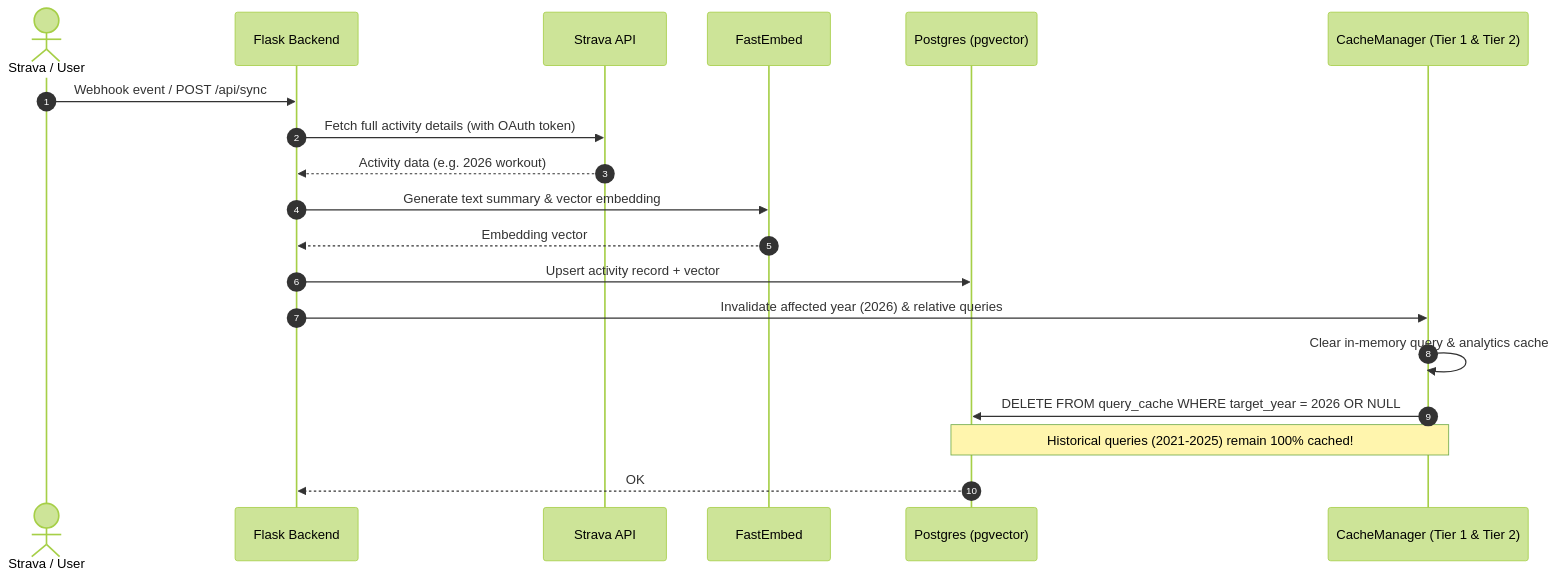
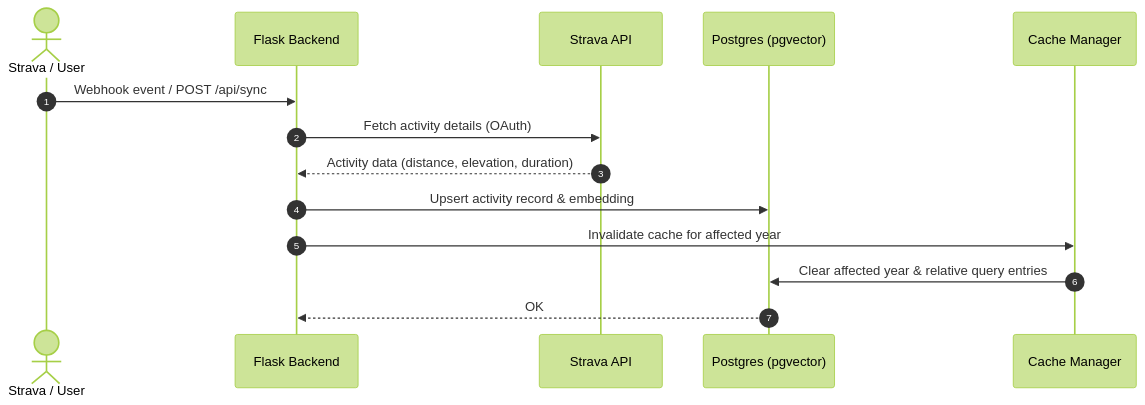
One commit to pugmarx/strava-insights-rag changed the third of 4 diagrams in readme.md. Above: the diagram before and after it, drawn with Mermaid (forest theme). The commit also changed other lines of this file and 1 other file, not shown here.

Commit message:
docs: simplify and declutter architecture and cache invalidation diagrams

````diff
--- a/readme.md
+++ b/readme.md
@@ -96,22 +87,17 @@
 ```mermaid
 sequenceDiagram
     autonumber
     actor Strava as Strava / User
     participant API as Flask Backend
     participant StravaAPI as Strava API
-    participant Embed as FastEmbed
     participant DB as Postgres (pgvector)
-    participant Cache as CacheManager (Tier 1 & Tier 2)
+    participant Cache as Cache Manager
 
     Strava->>API: Webhook event / POST /api/sync
-    API->>StravaAPI: Fetch full activity details (with OAuth token)
-    StravaAPI-->>API: Activity data (e.g. 2026 workout)
-    API->>Embed: Generate text summary & vector embedding
-    Embed-->>API: Embedding vector
-    API->>DB: Upsert activity record + vector
-    API->>Cache: Invalidate affected year (2026) & relative queries
-    Cache->>Cache: Clear in-memory query & analytics cache
-    Cache->>DB: DELETE FROM query_cache WHERE target_year = 2026 OR NULL
-    Note over Cache,DB: Historical queries (2021-2025) remain 100% cached!
+    API->>StravaAPI: Fetch activity details (OAuth)
+    StravaAPI-->>API: Activity data (distance, elevation, duration)
+    API->>DB: Upsert activity record & embedding
+    API->>Cache: Invalidate cache for affected year
+    Cache->>DB: Clear affected year & relative query entries
     DB-->>API: OK
 ```
````
